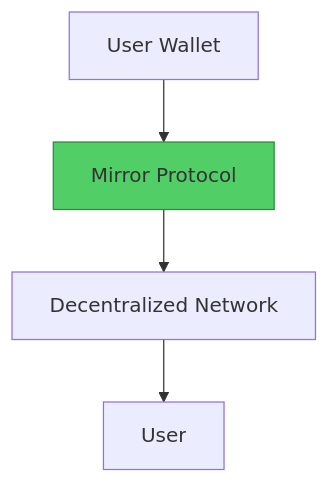
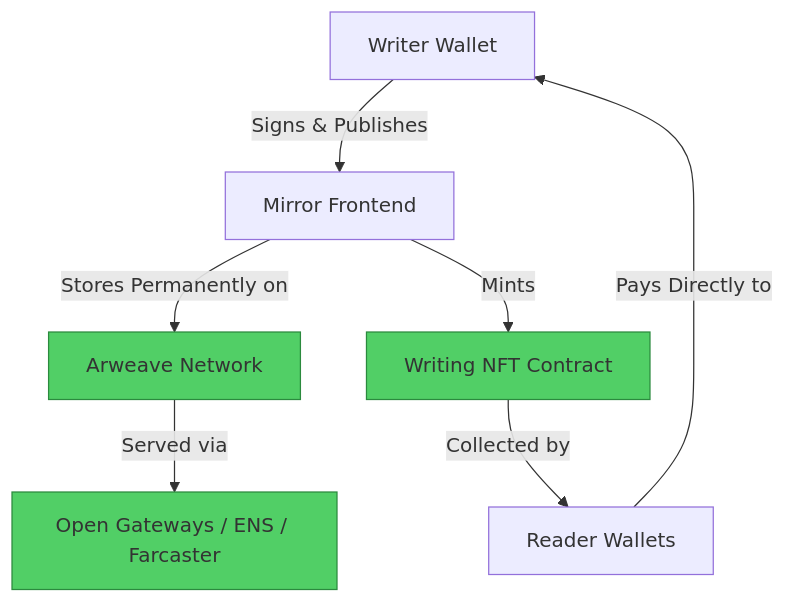
One commit to Elvatar2/Web2-To-Web3-Migration-Guide changed the second of 2 diagrams in 04-publishing/01-medium-to-mirror.md. Above: the diagram before and after it, drawn with Mermaid. The commit also changed other lines of this file, not shown here.

````diff
--- a/04-publishing/01-medium-to-mirror.md
+++ b/04-publishing/01-medium-to-mirror.md
@@ -63,8 +76,13 @@
 ```mermaid
 graph TB
-    A[User Wallet] --> B[Mirror Protocol]
-    B --> C[Decentralized Network]
-    C --> D[User]
+    A[Writer Wallet] -->|Signs & Publishes| B[Mirror Frontend]
+    B -->|Stores Permanently on| C[Arweave Network]
+    B -->|Mints| D[Writing NFT Contract]
+    D -->|Collected by| E[Reader Wallets]
+    E -->|Pays Directly to| A
+    C -->|Served via| F[Open Gateways / ENS / Farcaster]
 
-    style B fill:#51cf66,stroke:#2b8a3e
+    style C fill:#51cf66,stroke:#2b8a3e
+    style D fill:#51cf66,stroke:#2b8a3e
+    style F fill:#51cf66,stroke:#2b8a3e
 ```
````
